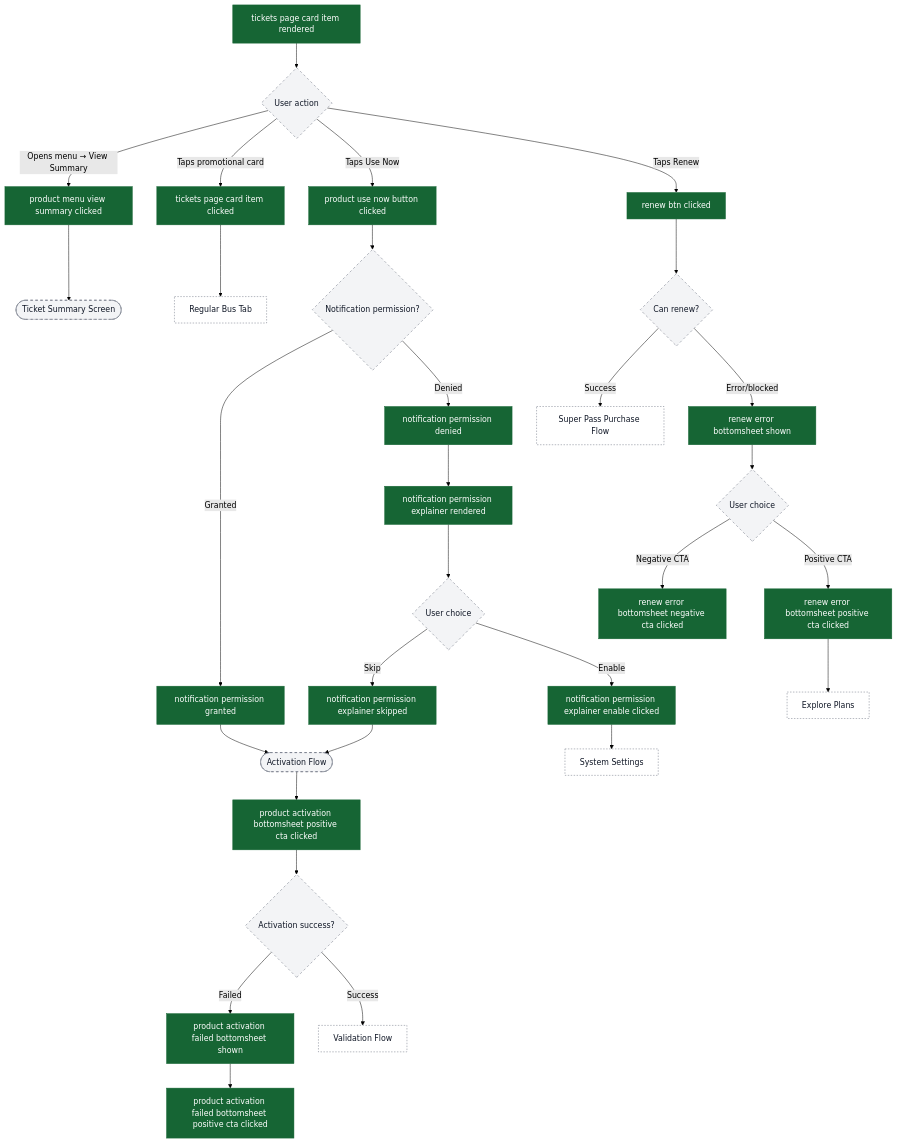
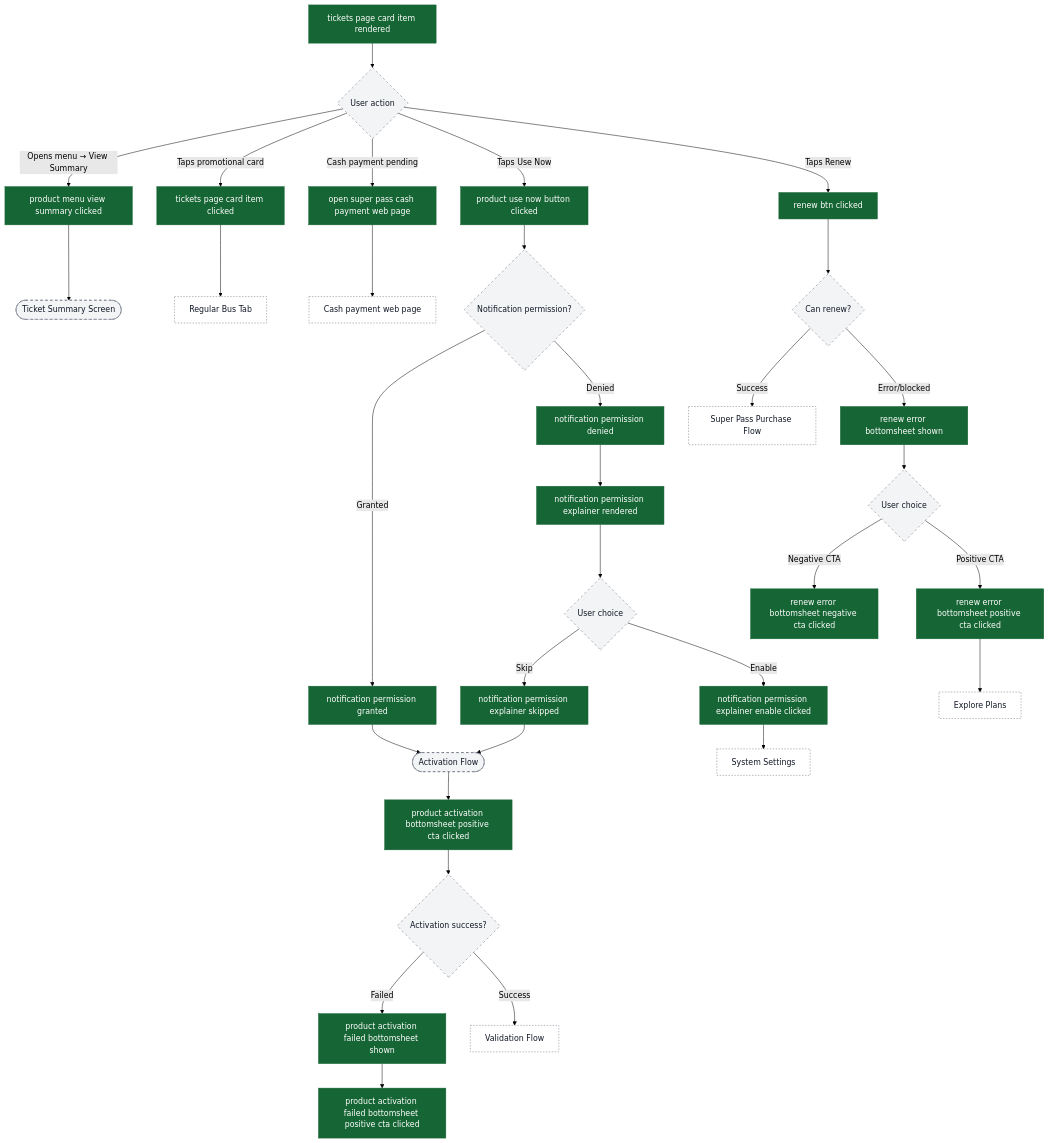
One commit to ratulsarna/chalo-app-dashboard changed the third of 12 diagrams in content/analytics/history/flow-diagrams.md. Above: the diagram before and after it, drawn with Mermaid (forest theme). The commit also changed other lines of this file and 2 other files, not shown here.

Commit message:
feat(analytics): update event properties and flow diagrams for cash payment handling and status tracking

````diff
--- a/content/analytics/history/flow-diagrams.md
+++ b/content/analytics/history/flow-diagrams.md
@@ -78,49 +78,51 @@
 ```mermaid
 flowchart TD
   ev_cardRendered["tickets page card item rendered"] --> ui_userAction{User action}
 
   ui_userAction -->|Taps Use Now| ev_useNow["product use now button clicked"]
   ui_userAction -->|Opens menu → View Summary| ev_viewSummary["product menu view summary clicked"]
   ui_userAction -->|Taps Renew| ev_renewBtn["renew btn clicked"]
+  ui_userAction -->|Cash payment pending| ev_cashPay["open super pass cash payment web page"]
   ui_userAction -->|Taps promotional card| ev_cardClick["tickets page card item clicked"]
 
   ev_viewSummary --> ui_ticketSummary([Ticket Summary Screen])
   ev_cardClick --> ext_regularBusTab[Regular Bus Tab]
+  ev_cashPay --> ext_cashPay[Cash payment web page]
 
   ev_useNow --> ui_notificationCheck{Notification permission?}
   ui_notificationCheck -->|Granted| ev_notifGranted["notification permission granted"]
   ui_notificationCheck -->|Denied| ev_notifDenied["notification permission denied"]
 
   ev_notifDenied --> ev_explainerRendered["notification permission explainer rendered"]
   ev_explainerRendered --> ui_explainerAction{User choice}
   ui_explainerAction -->|Enable| ev_explainerEnable["notification permission explainer enable clicked"]
   ui_explainerAction -->|Skip| ev_explainerSkip["notification permission explainer skipped"]
 
   ev_notifGranted --> ui_activation([Activation Flow])
   ev_explainerEnable --> ext_settings[System Settings]
   ev_explainerSkip --> ui_activation
 
   ui_activation --> ev_activationConfirm["product activation bottomsheet positive cta clicked"]
   ev_activationConfirm --> ui_activationResult{Activation success?}
   ui_activationResult -->|Failed| ev_activationFailed["product activation failed bottomsheet shown"]
   ev_activationFailed --> ev_activationFailedClose["product activation failed bottomsheet positive cta clicked"]
   ui_activationResult -->|Success| ext_validation[Validation Flow]
 
   ev_renewBtn --> ui_renewCheck{Can renew?}
   ui_renewCheck -->|Error/blocked| ev_renewError["renew error bottomsheet shown"]
   ui_renewCheck -->|Success| ext_superPassPurchase[Super Pass Purchase Flow]
 
   ev_renewError --> ui_renewAction{User choice}
   ui_renewAction -->|Positive CTA| ev_renewPositive["renew error bottomsheet positive cta clicked"]
   ui_renewAction -->|Negative CTA| ev_renewNegative["renew error bottomsheet negative cta clicked"]
 
   ev_renewPositive --> ext_explorePlans[Explore Plans]
 
   classDef event fill:#166534,stroke:#166534,color:#ffffff;
   classDef ui fill:#f3f4f6,stroke:#6b7280,stroke-dasharray: 5 5,color:#111827;
   classDef external fill:#ffffff,stroke:#6b7280,stroke-dasharray: 3 3,color:#111827;
 
-  class ev_cardRendered,ev_useNow,ev_viewSummary,ev_renewBtn,ev_cardClick,ev_notifGranted,ev_notifDenied,ev_explainerRendered,ev_explainerEnable,ev_explainerSkip,ev_activationConfirm,ev_activationFailed,ev_activationFailedClose,ev_renewError,ev_renewPositive,ev_renewNegative event;
+  class ev_cardRendered,ev_useNow,ev_viewSummary,ev_renewBtn,ev_cashPay,ev_cardClick,ev_notifGranted,ev_notifDenied,ev_explainerRendered,ev_explainerEnable,ev_explainerSkip,ev_activationConfirm,ev_activationFailed,ev_activationFailedClose,ev_renewError,ev_renewPositive,ev_renewNegative event;
   class ui_userAction,ui_ticketSummary,ui_notificationCheck,ui_explainerAction,ui_activation,ui_activationResult,ui_renewCheck,ui_renewAction ui;
-  class ext_regularBusTab,ext_settings,ext_validation,ext_superPassPurchase,ext_explorePlans external;
+  class ext_regularBusTab,ext_cashPay,ext_settings,ext_validation,ext_superPassPurchase,ext_explorePlans external;
 ```
````
